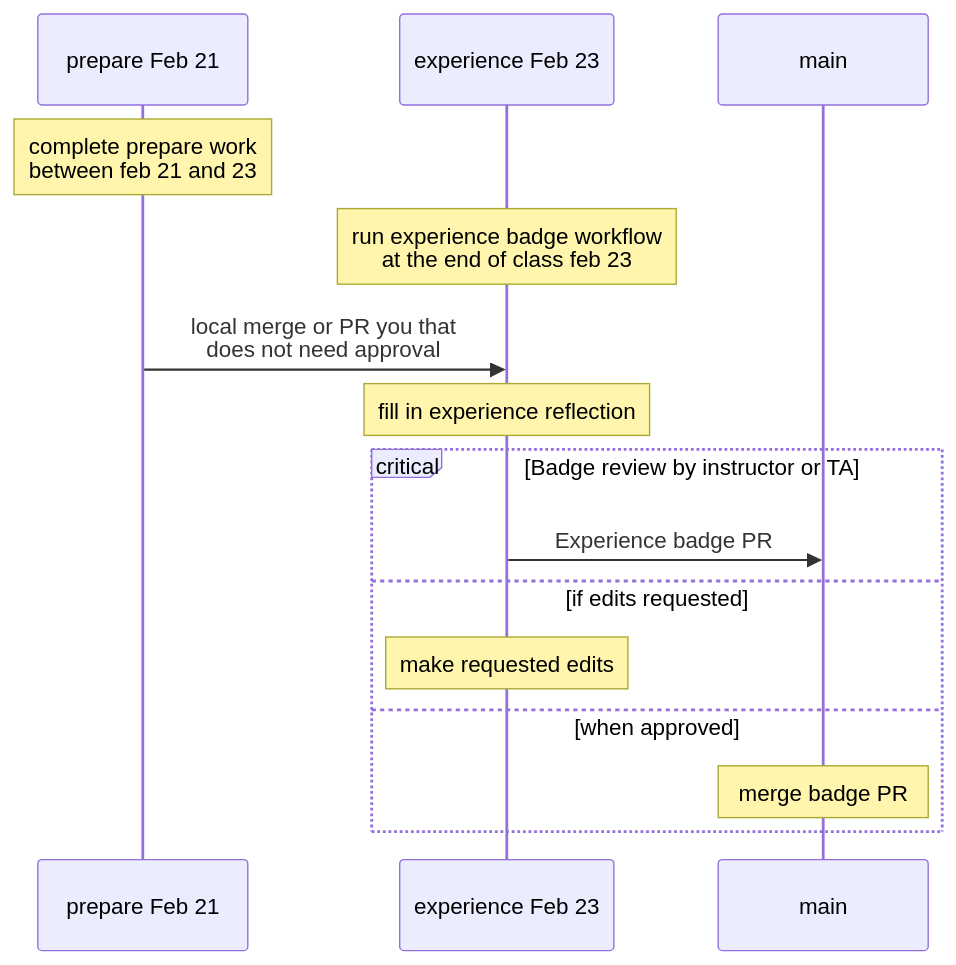
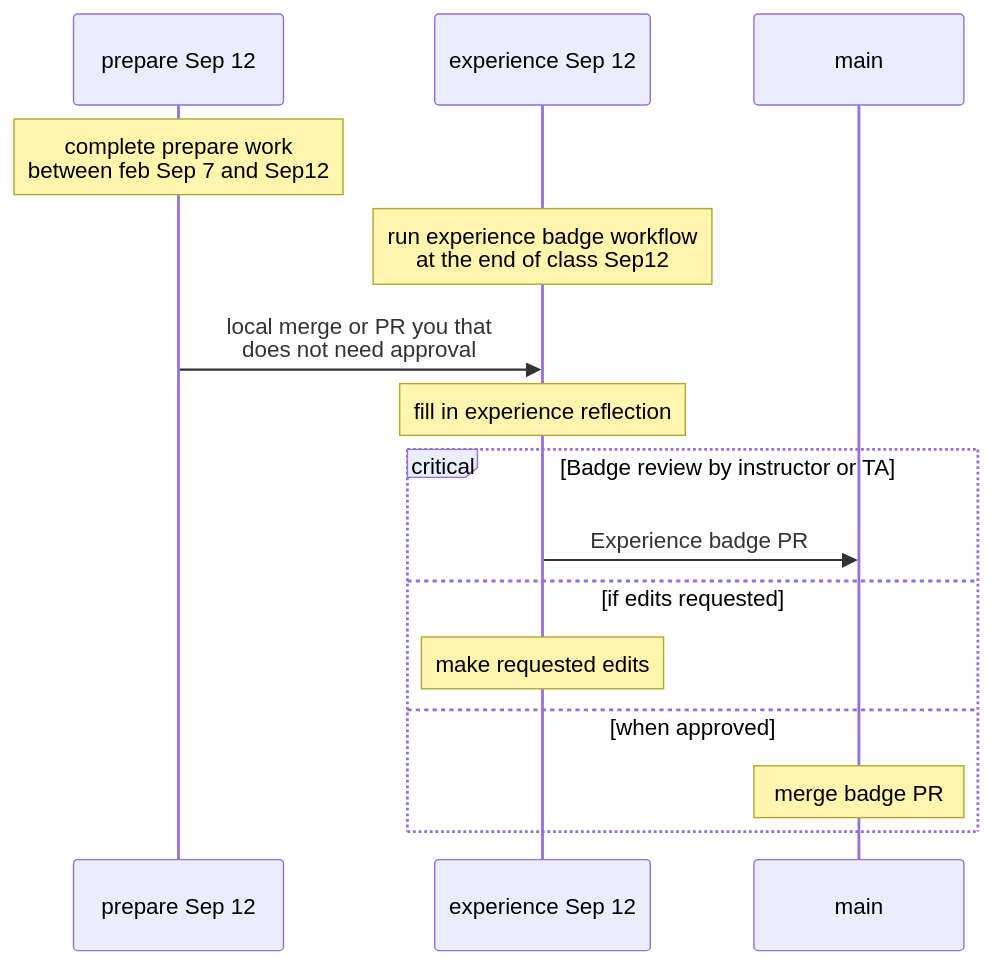
The first of 6 diagrams in syllabus/badges.md (introcompsys/fall2023), drawn with Mermaid before and after one commit. The commit also changed other lines of this file and 35 other files, not shown here.

````diff
--- a/syllabus/badges.md
+++ b/syllabus/badges.md
@@ -25,17 +28,17 @@
 ```{mermaid}
 sequenceDiagram
-    participant P as prepare Feb 21
-    participant E as experience Feb 23
+    participant P as prepare Sep 12
+    participant E as experience Sep 12
     participant M as main 
-    note over P: complete prepare work<br/> between feb 21 and 23
-    note over E: run experience badge workflow <br/> at the end of class feb 23
+    note over P: complete prepare work<br/> between feb Sep 7 and Sep12
+    note over E: run experience badge workflow <br/> at the end of class Sep12
     P ->> E: local merge or PR you that <br/> does not need approval
     note over E: fill in experience reflection 
     critical Badge review by instructor or TA
         E ->> M: Experience badge PR
     option if edits requested
         note over E: make requested edits
     option when approved 
         note over M: merge badge PR
     end
 ```
````
